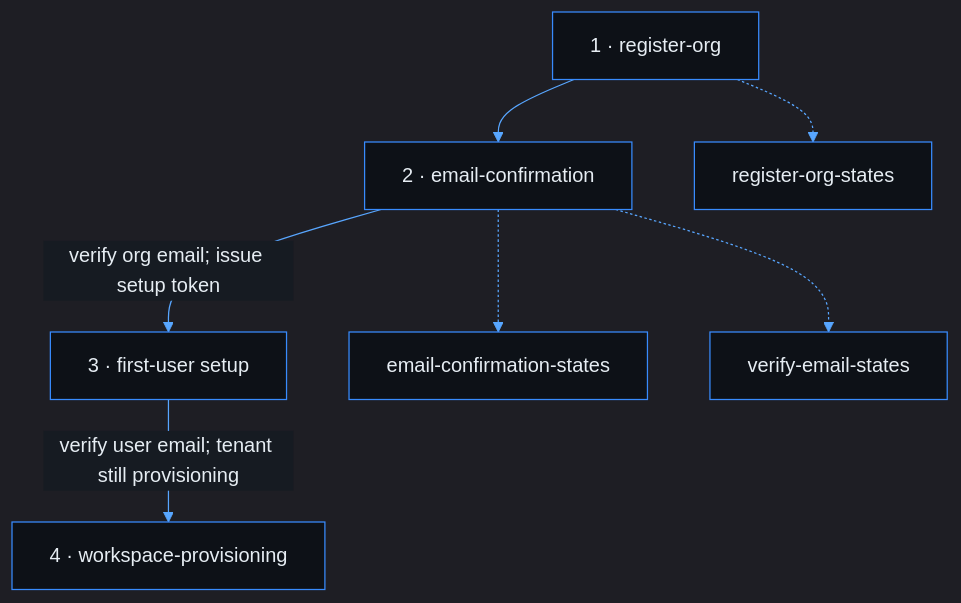
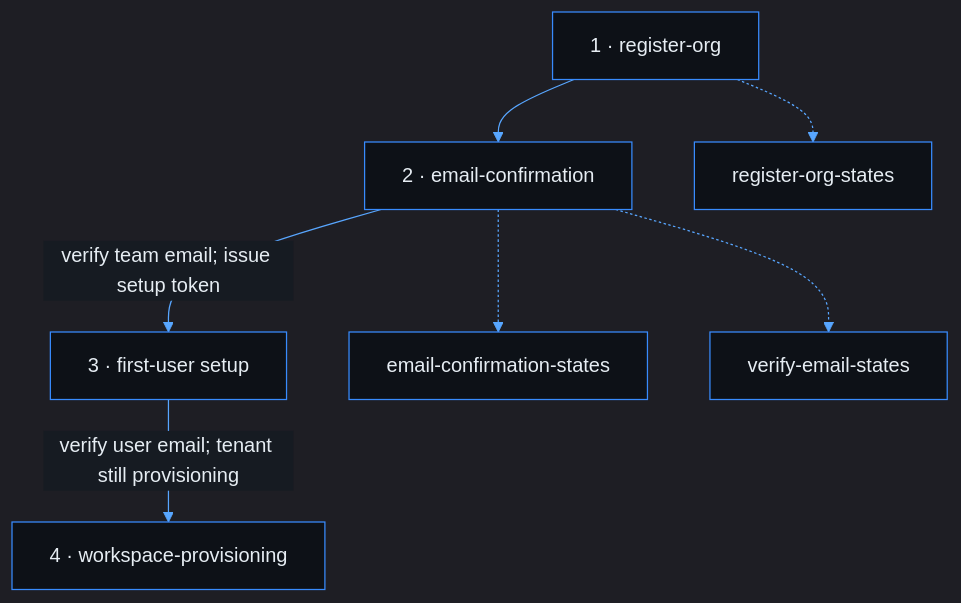
The first of 3 diagrams in docs/use-cases/platform-foundation/register-org/README.md (phuongnse/axis), drawn with Mermaid before and after one commit. The commit also changed other lines of this file and 14 other files, not shown here.

Commit message:
fix(frontend): present org signup as team account

````diff
--- a/docs/use-cases/platform-foundation/register-org/README.md
+++ b/docs/use-cases/platform-foundation/register-org/README.md
@@ -121,18 +121,18 @@
 ```mermaid
 %%{init: {'theme':'dark','themeVariables':{'background':'#0d1117','mainBkg':'#0d1117','primaryColor':'#161b22','primaryBorderColor':'#388bfd','primaryTextColor':'#e6edf3','secondaryColor':'#21262d','secondaryBorderColor':'#388bfd','secondaryTextColor':'#e6edf3','tertiaryColor':'#161b22','tertiaryTextColor':'#e6edf3','lineColor':'#58a6ff','textColor':'#e6edf3','nodeBorder':'#388bfd','clusterBkg':'#161b22','clusterBorder':'#388bfd','titleColor':'#e6edf3','edgeLabelBackground':'#161b22','actorBkg':'#161b22','actorBorder':'#388bfd','actorTextColor':'#e6edf3','signalColor':'#58a6ff','labelBoxBkgColor':'#161b22','labelBoxBorderColor':'#388bfd','noteBkgColor':'#161b22','noteBorderColor':'#388bfd','noteTextColor':'#c9d1d9','activationBkgColor':'#30363d'}}}%%
 flowchart TD
   entry["1 · register-org"]
   confirm["2 · email-confirmation"]
   user["3 · first-user setup"]
   provision["4 · workspace-provisioning"]
   errEntry["register-org-states"]
   errEmail["email-confirmation-states"]
   errVerify["verify-email-states"]
 
   entry --> confirm
-  confirm -->|"verify org email; issue setup token"| user
+  confirm -->|"verify team email; issue setup token"| user
   user -->|"verify user email; tenant still provisioning"| provision
   entry -.-> errEntry
   confirm -.-> errEmail
   confirm -.-> errVerify
 ```
````
